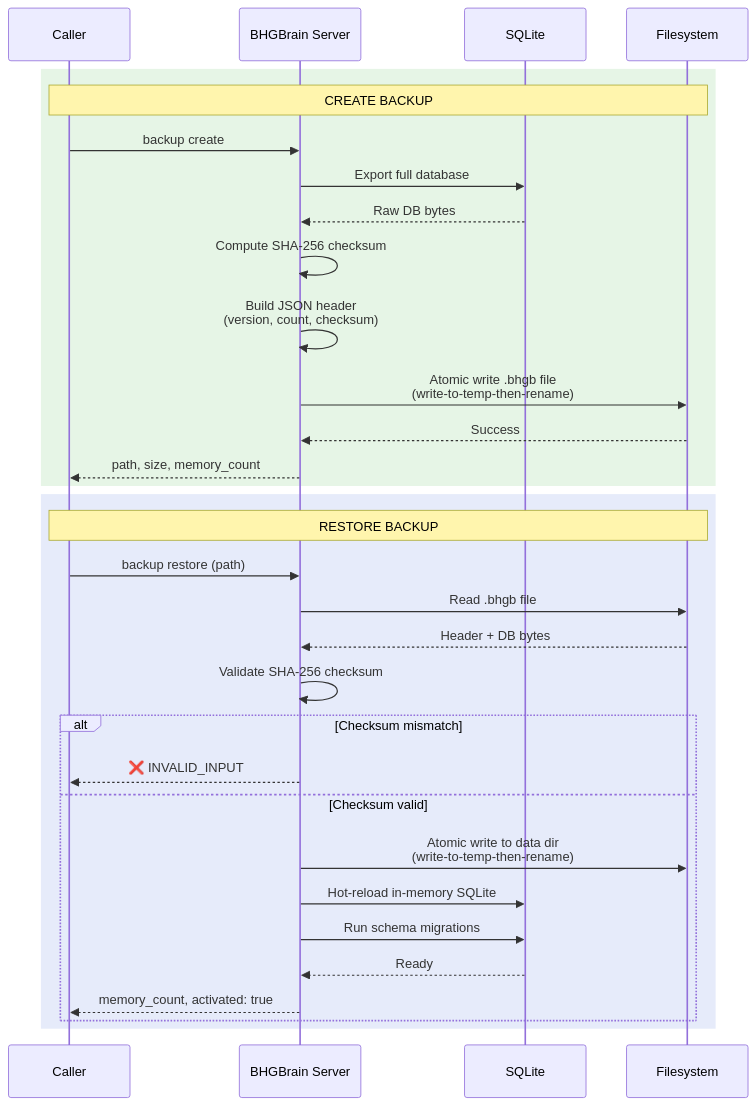
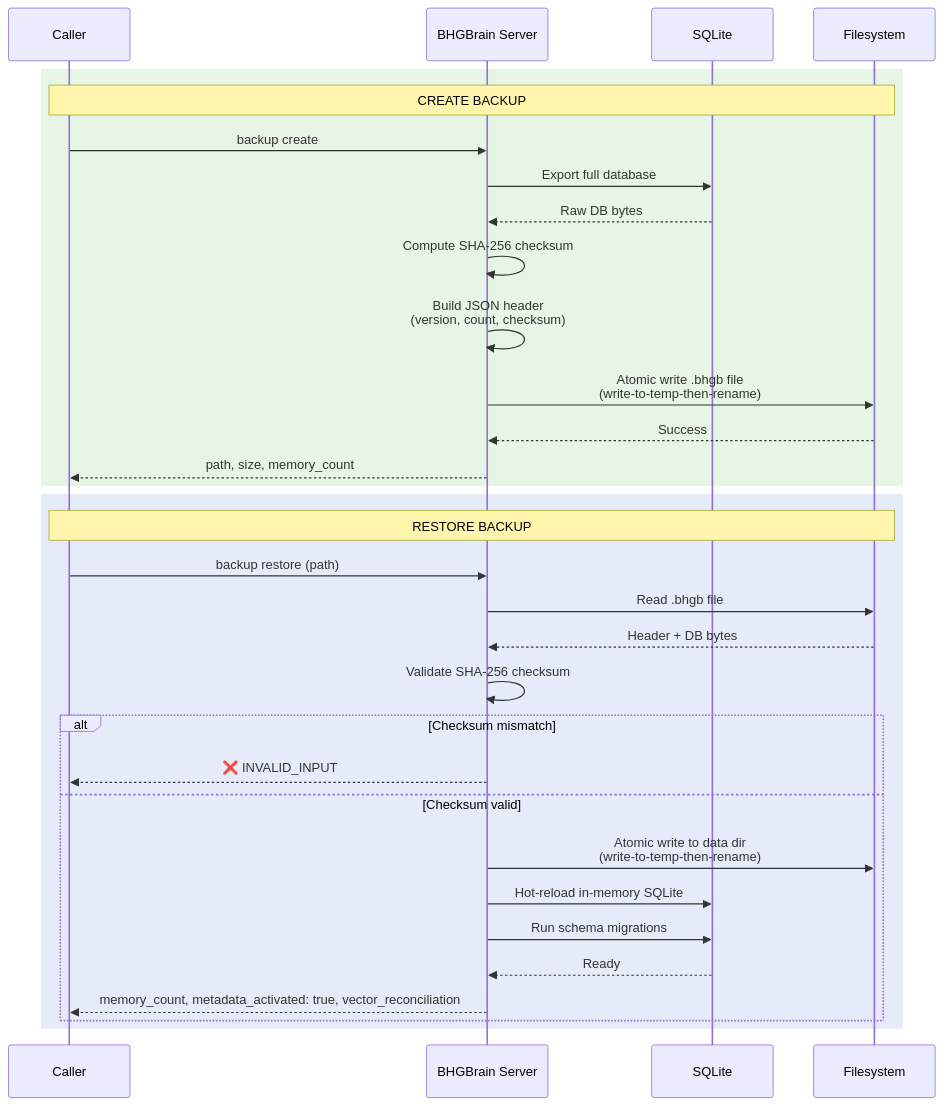
The eighth of 8 diagrams in README.de.md (Big-Hat-Group-Inc/BHGBrain), drawn with Mermaid before and after one commit. The commit also changed other lines of this file and 14 other files, not shown here.

````diff
--- a/README.de.md
+++ b/README.de.md
@@ -1497,37 +1497,37 @@
 ```mermaid
 sequenceDiagram
     participant C as Caller
     participant S as BHGBrain Server
     participant DB as SQLite
     participant FS as Filesystem
 
     rect rgb(230, 245, 230)
         Note over C,FS: CREATE BACKUP
         C->>S: backup create
         S->>DB: Export full database
         DB-->>S: Raw DB bytes
         S->>S: Compute SHA-256 checksum
         S->>S: Build JSON header<br/>(version, count, checksum)
         S->>FS: Atomic write .bhgb file<br/>(write-to-temp-then-rename)
         FS-->>S: Success
         S-->>C: path, size, memory_count
     end
 
     rect rgb(230, 235, 250)
         Note over C,FS: RESTORE BACKUP
         C->>S: backup restore (path)
         S->>FS: Read .bhgb file
         FS-->>S: Header + DB bytes
         S->>S: Validate SHA-256 checksum
 
         alt Checksum mismatch
             S-->>C: ❌ INVALID_INPUT
         else Checksum valid
             S->>FS: Atomic write to data dir<br/>(write-to-temp-then-rename)
             S->>DB: Hot-reload in-memory SQLite
             S->>DB: Run schema migrations
             DB-->>S: Ready
-            S-->>C: memory_count, activated: true
+            S-->>C: memory_count, metadata_activated: true, vector_reconciliation
         end
     end
 ```
````
